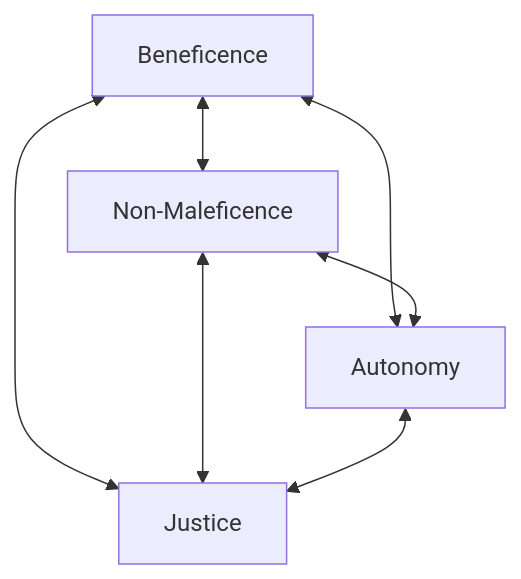
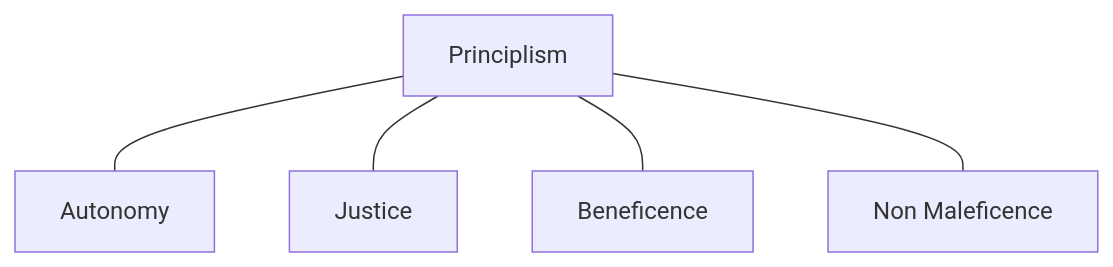
Before and after one commit to callumgwtaylor/surgical_critical_ethics: the diagram in diagrams/principles.md, drawn with Mermaid. The commit also changed 126 other files, not shown here.

Commit message:
Updated structure and diagrams

````diff
--- a/diagrams/principles.md
+++ b/diagrams/principles.md
@@ -1,10 +1,8 @@
 ```mermaid
-graph TD;
-    A[Beneficence]<-->B[Non-Maleficence]
-    A<-->C[Autonomy]
-    A<-->D[Justice]
-    B<-->C
-    B<-->D
-    C<-->D
-
+flowchart TB;
+    A[Principlism]
+    A---B[Autonomy]
+    A---C[Justice]
+    A---D[Beneficence]
+    A---E[Non Maleficence]
 ```
````
